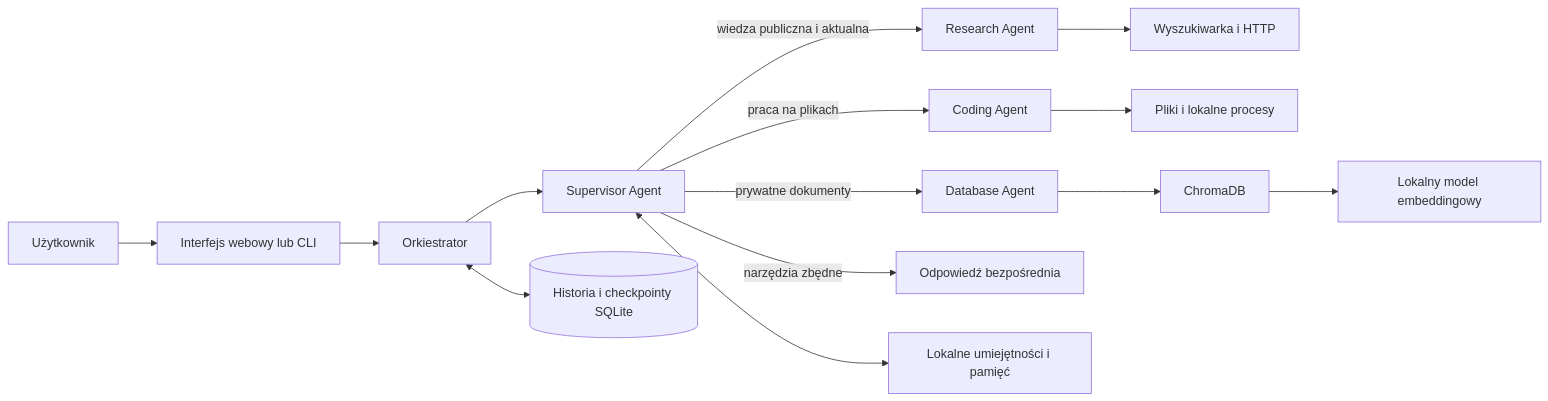
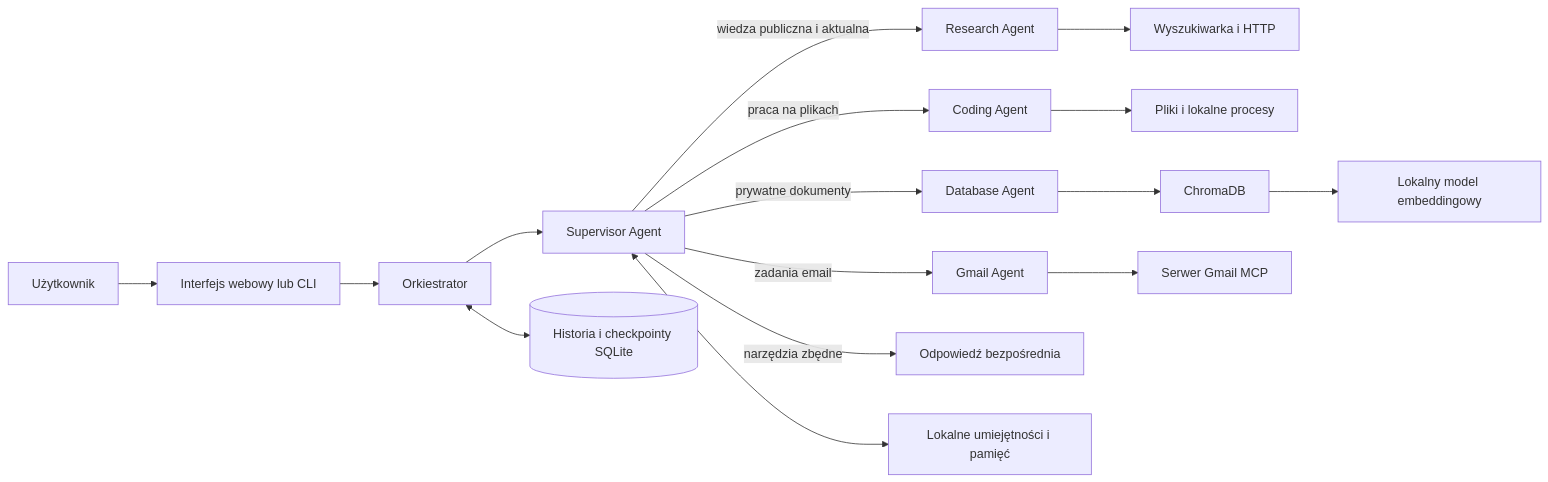
One commit to Matela7/platon changed the second of 2 diagrams in README.md. Above: the diagram before and after it, drawn with Mermaid. The commit also changed other lines of this file and 14 other files, not shown here.

First line of the commit message:
feat(gmail): add approval-gated Gmail MCP specialist

````diff
--- a/README.md
+++ b/README.md
@@ -304,16 +329,18 @@
 ```mermaid
 flowchart LR
     U[Użytkownik] --> UI[Interfejs webowy lub CLI]
     UI --> O[Orkiestrator]
     O --> S[Supervisor Agent]
     S -->|wiedza publiczna i aktualna| R[Research Agent]
     S -->|praca na plikach| C[Coding Agent]
     S -->|prywatne dokumenty| D[Database Agent]
+    S -->|zadania email| G[Gmail Agent]
     S -->|narzędzia zbędne| A[Odpowiedź bezpośrednia]
     R --> W[Wyszukiwarka i HTTP]
     C --> F[Pliki i lokalne procesy]
     D --> V[ChromaDB]
+    G --> X[Serwer Gmail MCP]
     V --> E[Lokalny model embeddingowy]
     O <--> P[(Historia i checkpointy SQLite)]
     S <--> M[Lokalne umiejętności i pamięć]
 ```
````
